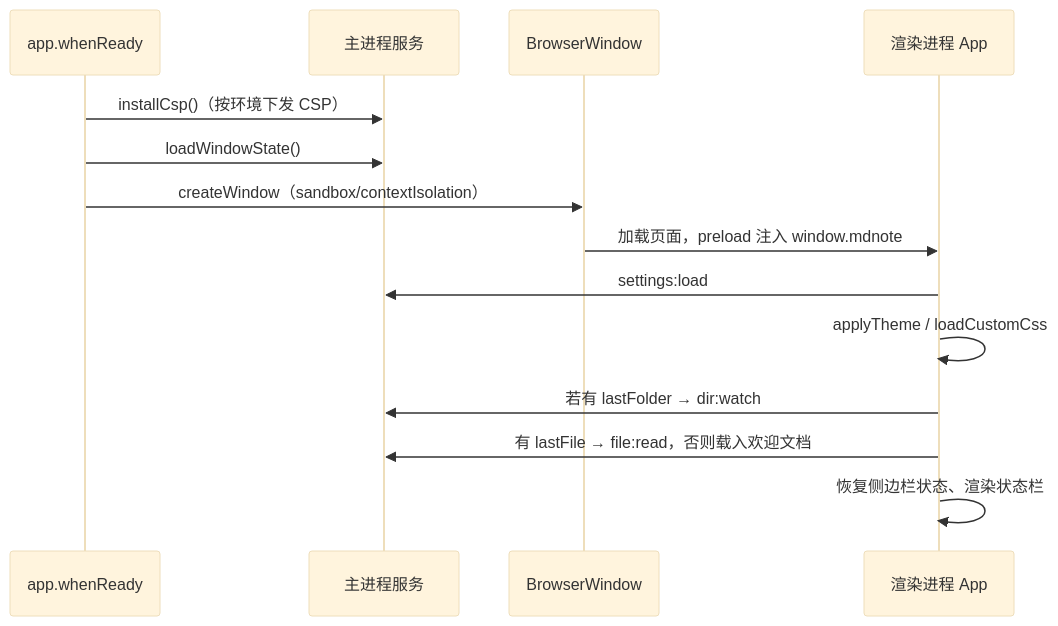
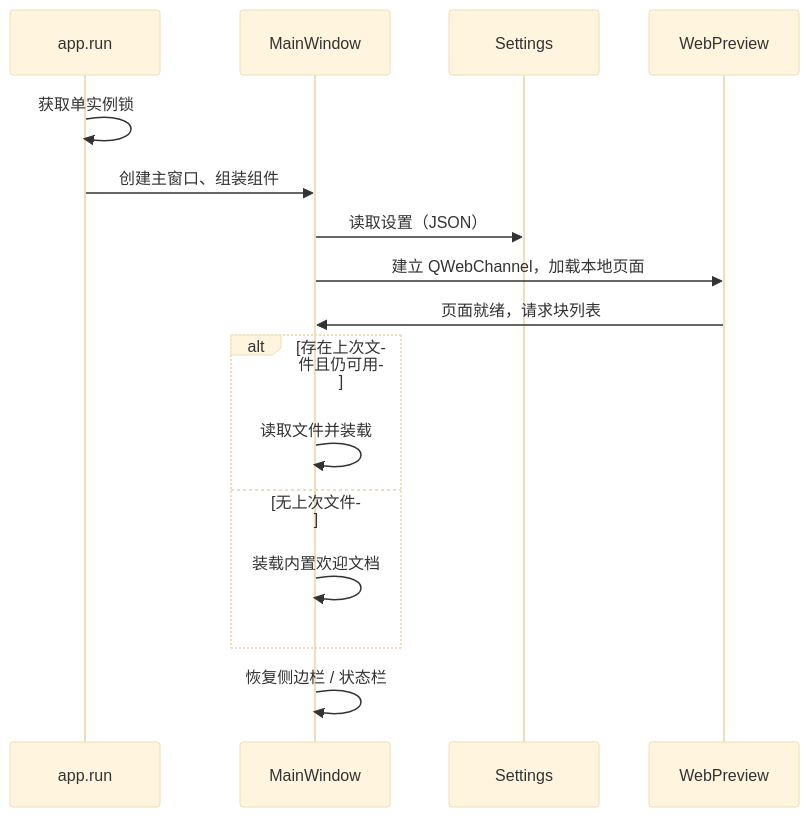
The third of 4 diagrams in docs/architecture.md (Wjkstra/md_tools), drawn with Mermaid (base theme) before and after one commit. The commit also changed other lines of this file and 156 other files, not shown here.

````diff
--- a/docs/architecture.md
+++ b/docs/architecture.md
@@ -160,17 +170,19 @@
 ```mermaid
 sequenceDiagram
-  participant A as app.whenReady
-  participant S as 主进程服务
-  participant W as BrowserWindow
-  participant R as 渲染进程 App
+  participant P as app.run
+  participant W as MainWindow
+  participant S as Settings
+  participant V as WebPreview
 
-  A->>S: installCsp()（按环境下发 CSP）
-  A->>S: loadWindowState()
-  A->>W: createWindow（sandbox/contextIsolation）
-  W->>R: 加载页面，preload 注入 window.mdnote
-  R->>S: settings:load
-  R->>R: applyTheme / loadCustomCss
-  R->>S: 若有 lastFolder → dir:watch
-  R->>S: 有 lastFile → file:read，否则载入欢迎文档
-  R->>R: 恢复侧边栏状态、渲染状态栏
+  P->>P: 获取单实例锁
+  P->>W: 创建主窗口、组装组件
+  W->>S: 读取设置（JSON）
+  W->>V: 建立 QWebChannel，加载本地页面
+  V->>W: 页面就绪，请求块列表
+  alt 存在上次文件且仍可用
+    W->>W: 读取文件并装载
+  else 无上次文件
+    W->>W: 装载内置欢迎文档
+  end
+  W->>W: 恢复侧边栏 / 状态栏
 ```
````
